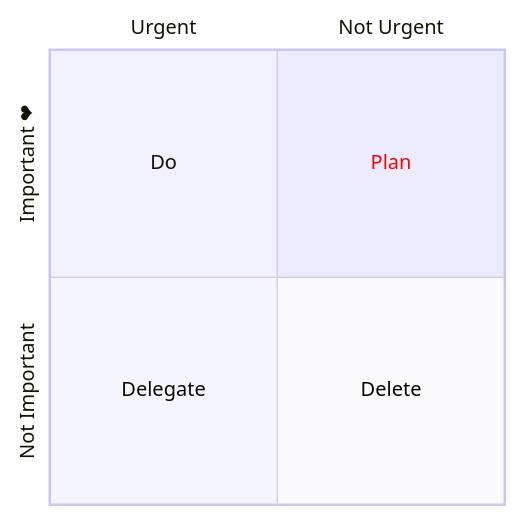
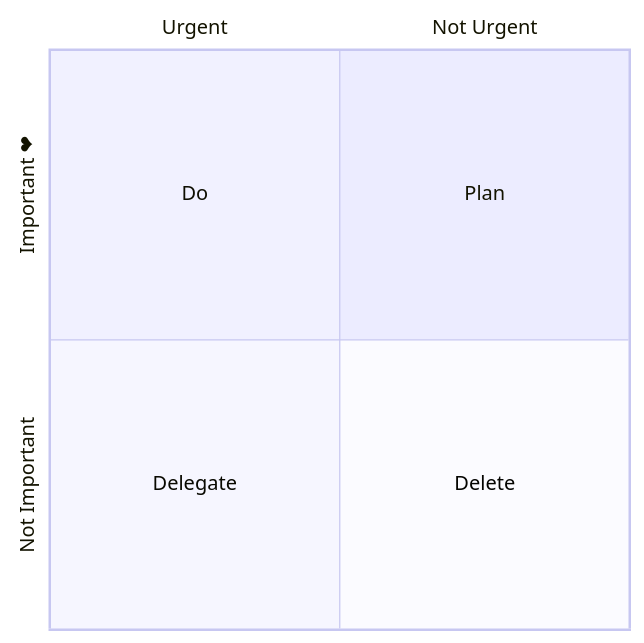
Before and after one commit to boddaert/snt: the diagram in seconde/Réseaux sociaux/Reseaux_sociaux_existants.md, drawn with Mermaid.

````diff
--- a/seconde/Réseaux sociaux/Reseaux_sociaux_existants.md
+++ b/seconde/Réseaux sociaux/Reseaux_sociaux_existants.md
@@ -27,10 +27,9 @@
 ```mermaid
-%%{init: {"quadrantChart": {"chartWidth": 400, "chartHeight": 400}, "themeVariables": {"quadrant1TextFill": "#ff0000"} }}%%
 quadrantChart
   x-axis Urgent --> Not Urgent
   y-axis Not Important --> "Important ❤"
   quadrant-1 Plan
   quadrant-2 Do
   quadrant-3 Delegate
   quadrant-4 Delete
 ```
````
